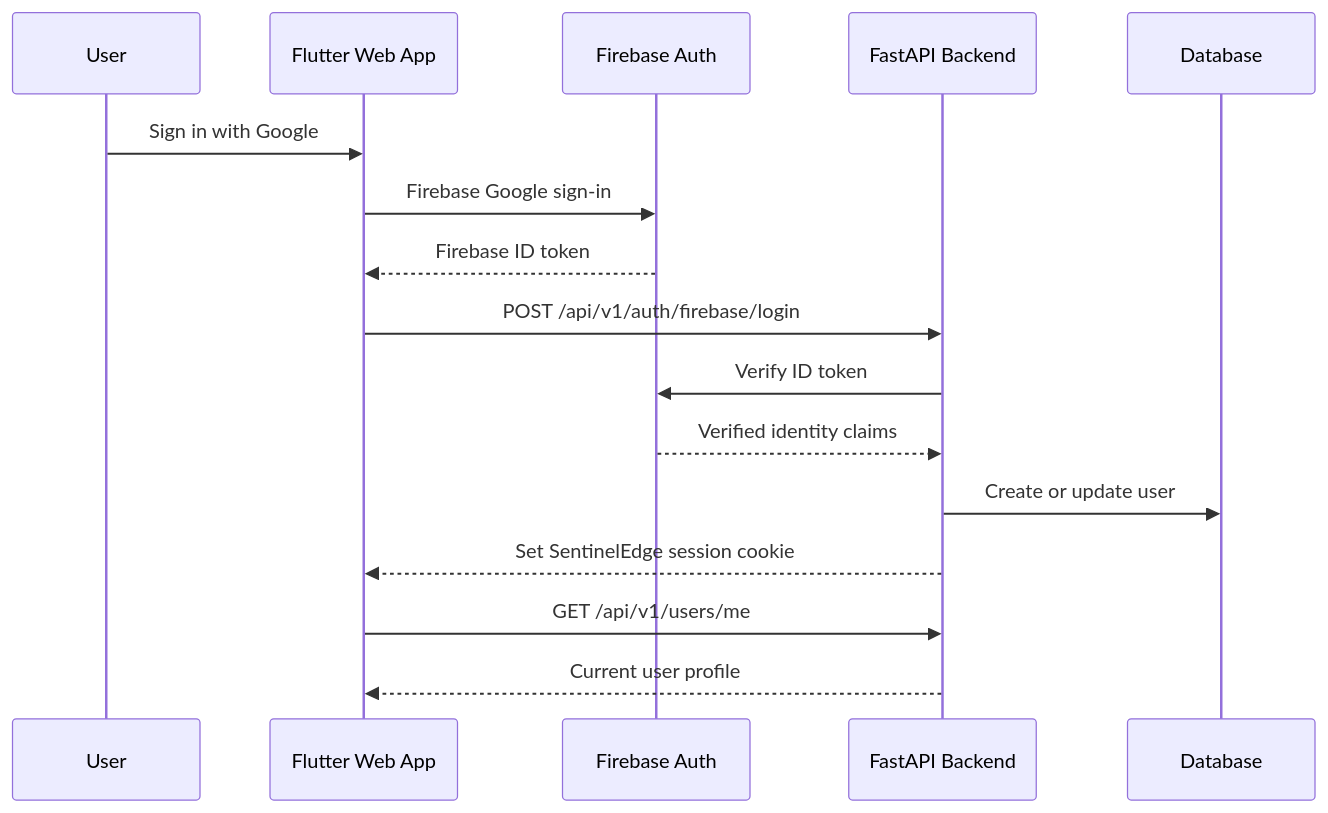
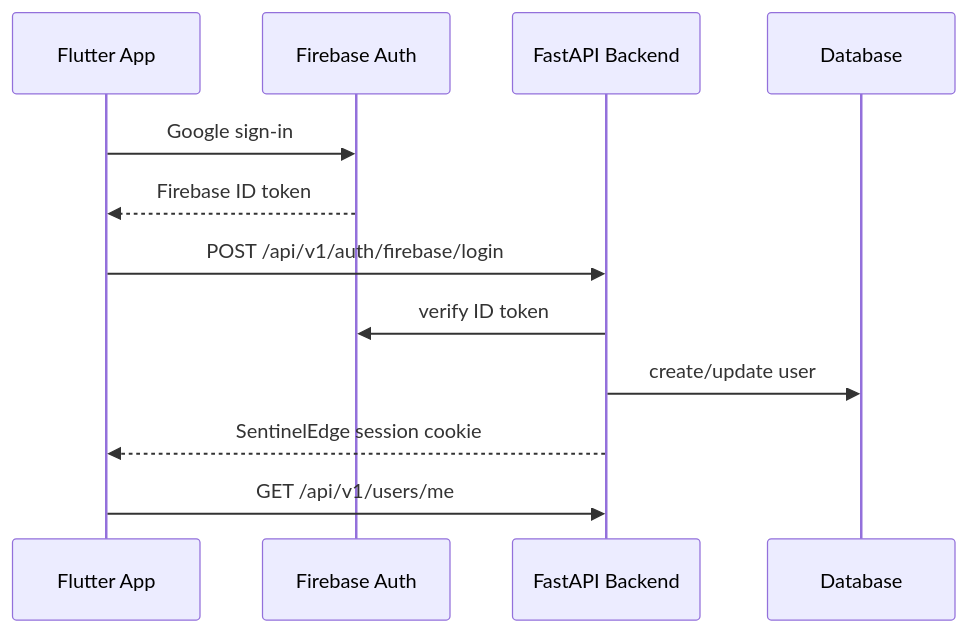
One commit to nickyui99/erlang-ai-vision-fullstack changed the second of 6 diagrams in docs/backend/architecture.md. Above: the diagram before and after it, drawn with Mermaid. The commit also changed other lines of this file and 8 other files, not shown here.

Commit message:
Update docs for current fullstack edge flow

````diff
--- a/docs/backend/architecture.md
+++ b/docs/backend/architecture.md
@@ -25,19 +43,15 @@
 ```mermaid
 sequenceDiagram
-    participant User
-    participant Flutter as Flutter Web App
+    participant App as Flutter App
     participant Firebase as Firebase Auth
     participant Backend as FastAPI Backend
     participant DB as Database
 
-    User->>Flutter: Sign in with Google
-    Flutter->>Firebase: Firebase Google sign-in
-    Firebase-->>Flutter: Firebase ID token
-    Flutter->>Backend: POST /api/v1/auth/firebase/login
-    Backend->>Firebase: Verify ID token
-    Firebase-->>Backend: Verified identity claims
-    Backend->>DB: Create or update user
-    Backend-->>Flutter: Set SentinelEdge session cookie
-    Flutter->>Backend: GET /api/v1/users/me
-    Backend-->>Flutter: Current user profile
+    App->>Firebase: Google sign-in
+    Firebase-->>App: Firebase ID token
+    App->>Backend: POST /api/v1/auth/firebase/login
+    Backend->>Firebase: verify ID token
+    Backend->>DB: create/update user
+    Backend-->>App: SentinelEdge session cookie
+    App->>Backend: GET /api/v1/users/me
 ```
````
